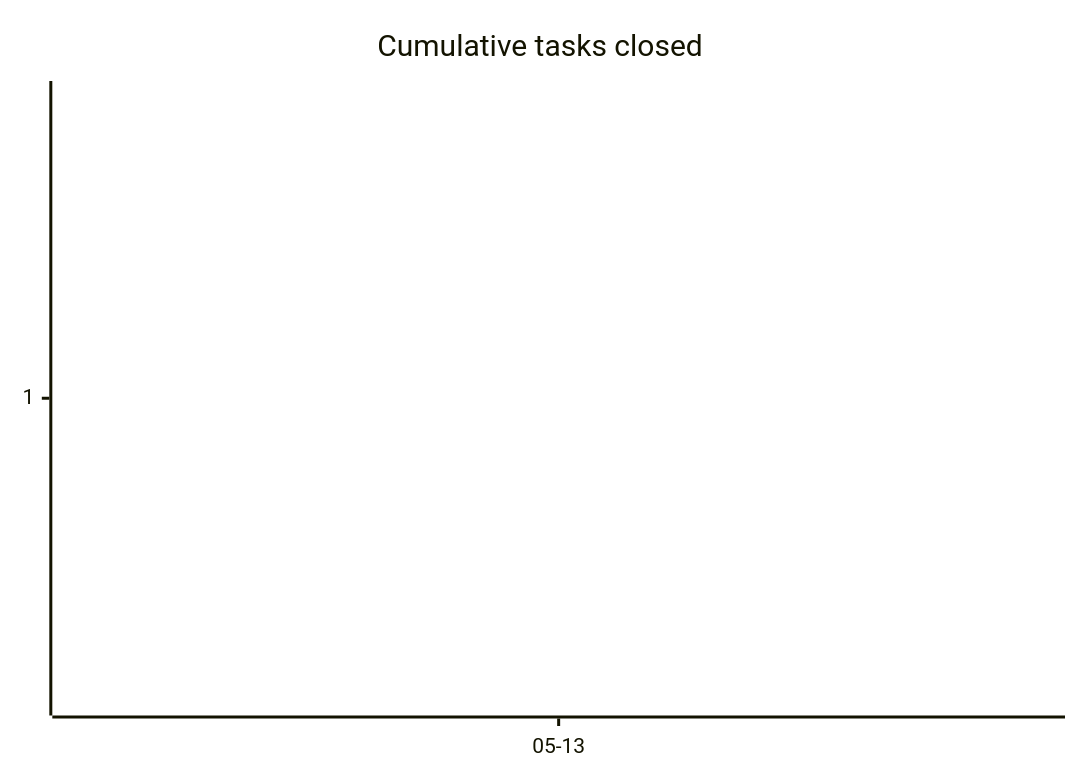
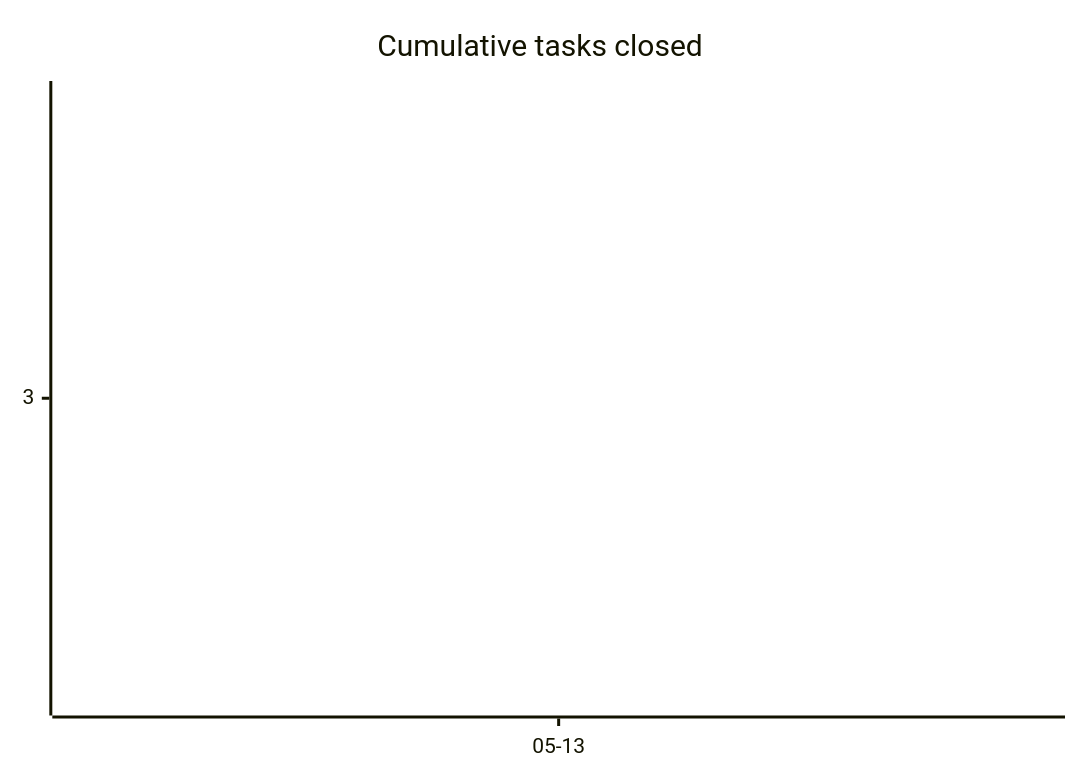
The first of 3 diagrams in docs/developers/tasks/OVERVIEW.md (tgd1975/CircuitSmith), drawn with Mermaid before and after one commit. The commit also changed other lines of this file and 74 other files, not shown here.

````diff
--- a/docs/developers/tasks/OVERVIEW.md
+++ b/docs/developers/tasks/OVERVIEW.md
@@ -21,6 +21,6 @@
 ```mermaid
 xychart-beta
     title "Cumulative tasks closed"
     x-axis ["05-13"]
-    line [1]
+    line [3]
 ```
````
